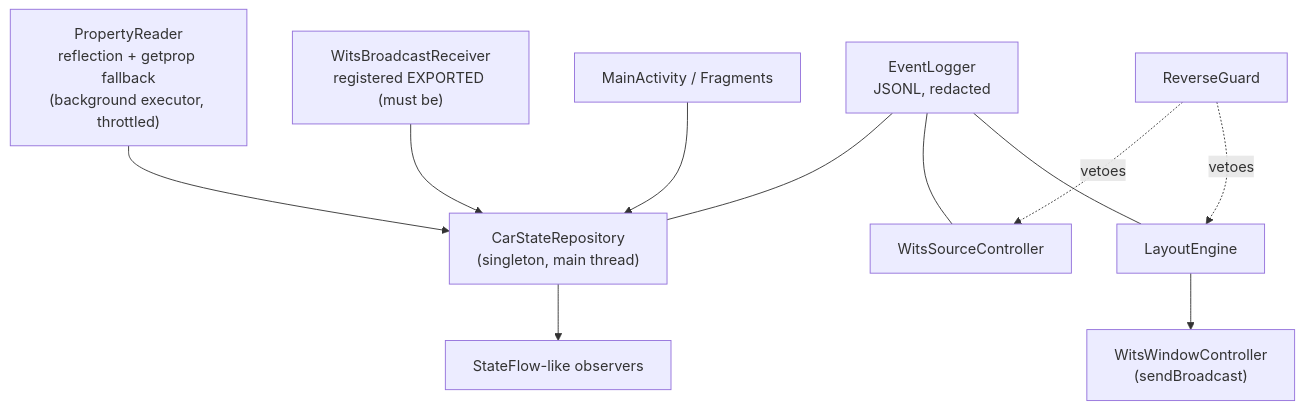
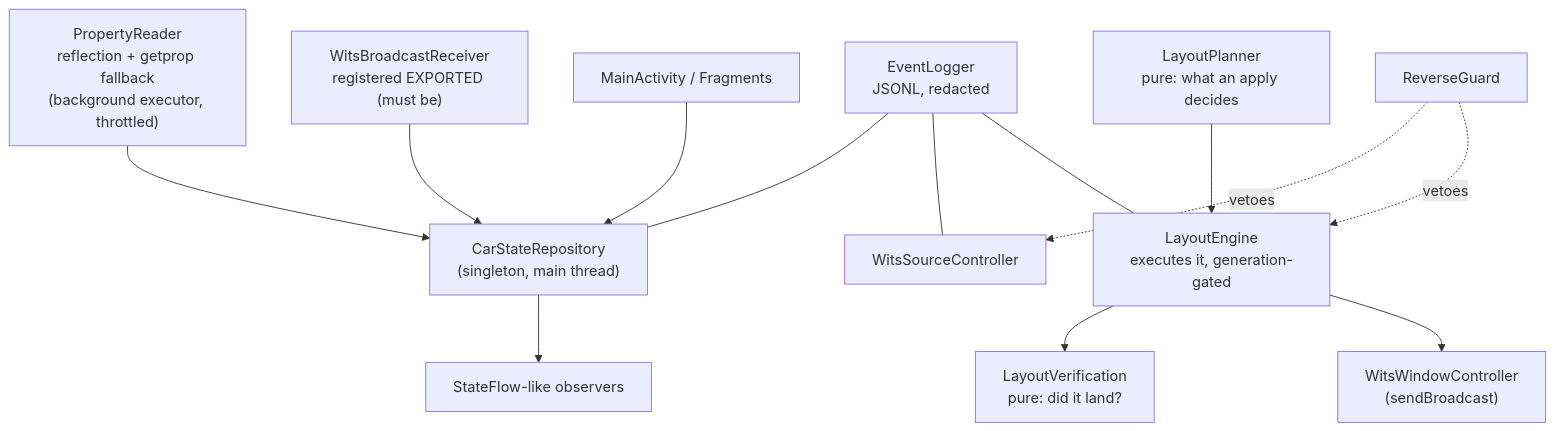
One commit to MiklerGM/wits-companion changed the fifth of 5 diagrams in docs/architecture.md. Above: the diagram before and after it, drawn with Mermaid. The commit also changed 2 other files, not shown here.

Commit message:
docs: the layout split, in the three places that described the old shape
architecture.md's diagram had LayoutEngine as a single box feeding the window
controller; it now shows the planner deciding and the verifier checking, which is what
the code does. window-management.md pointed at LayoutEngine.scheduleFor for the retry
schedule — that moved to LayoutSchedule, and the reason is worth stating: asking about
arithmetic no longer requires constructing a Context, a window controller and two
guards.

The backlog's "not done — the architectural refactor" entry is closed. It was the first
audit's last open recommendation, and it went in four passes rather than one: capability
interfaces, then the verifier — which is where the blind post-apply check turned out to
be hiding — then the planner, scheduler and geometry. The richer apply result it also
suggested is not done and is not wanted; Applied/Invalid/Refused is what the callers act
on.

````diff
--- a/docs/architecture.md
+++ b/docs/architecture.md
@@ -163,13 +163,15 @@
 ```mermaid
 flowchart TD
     A["MainActivity / Fragments"] --> B["CarStateRepository<br/>(singleton, main thread)"]
     C["WitsBroadcastReceiver<br/>registered EXPORTED (must be)"] --> B
     D["PropertyReader<br/>reflection + getprop fallback<br/>(background executor, throttled)"] --> B
     B --> E["StateFlow-like observers"]
-    F["LayoutEngine"] --> G["WitsWindowController<br/>(sendBroadcast)"]
+    P["LayoutPlanner<br/>pure: what an apply decides"] --> F["LayoutEngine<br/>executes it, generation-gated"]
+    F --> G["WitsWindowController<br/>(sendBroadcast)"]
+    F --> V["LayoutVerification<br/>pure: did it land?"]
     H["ReverseGuard"] -.->|"vetoes"| F
     H -.->|"vetoes"| I["WitsSourceController"]
     J["EventLogger<br/>JSONL, redacted"] --- F
     J --- I
     J --- B
 ```
````
